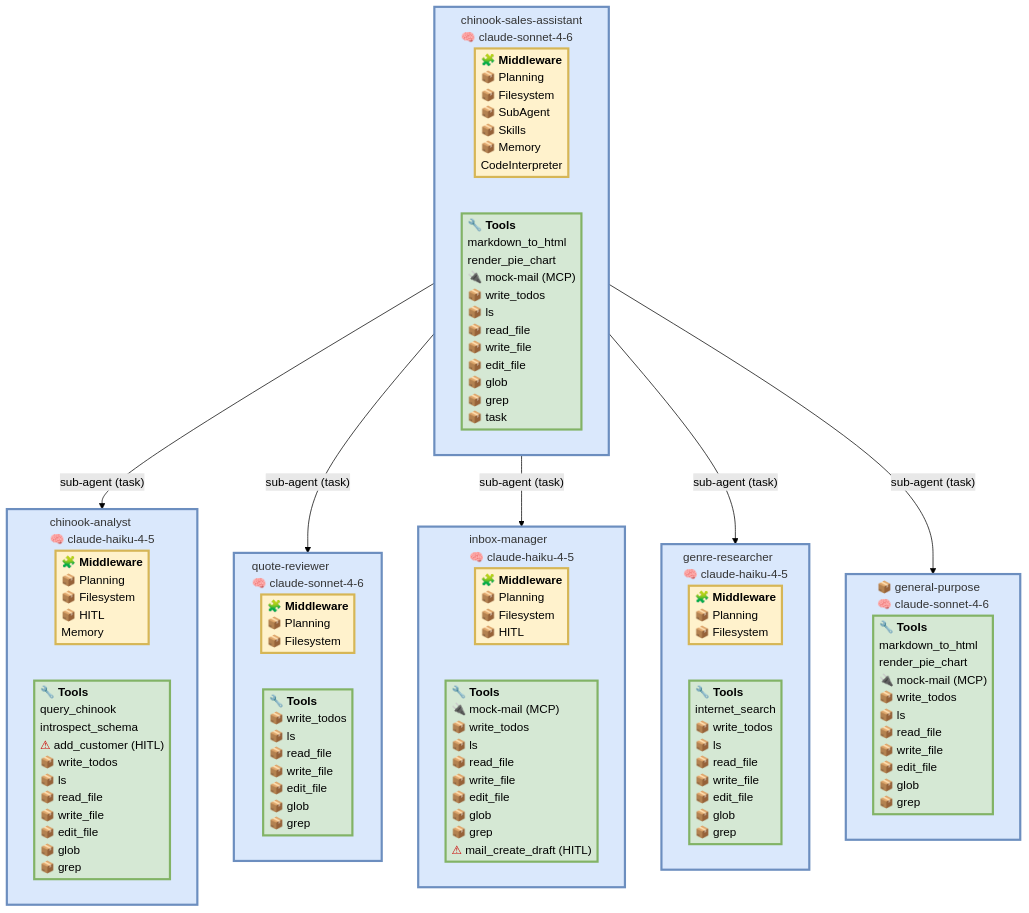
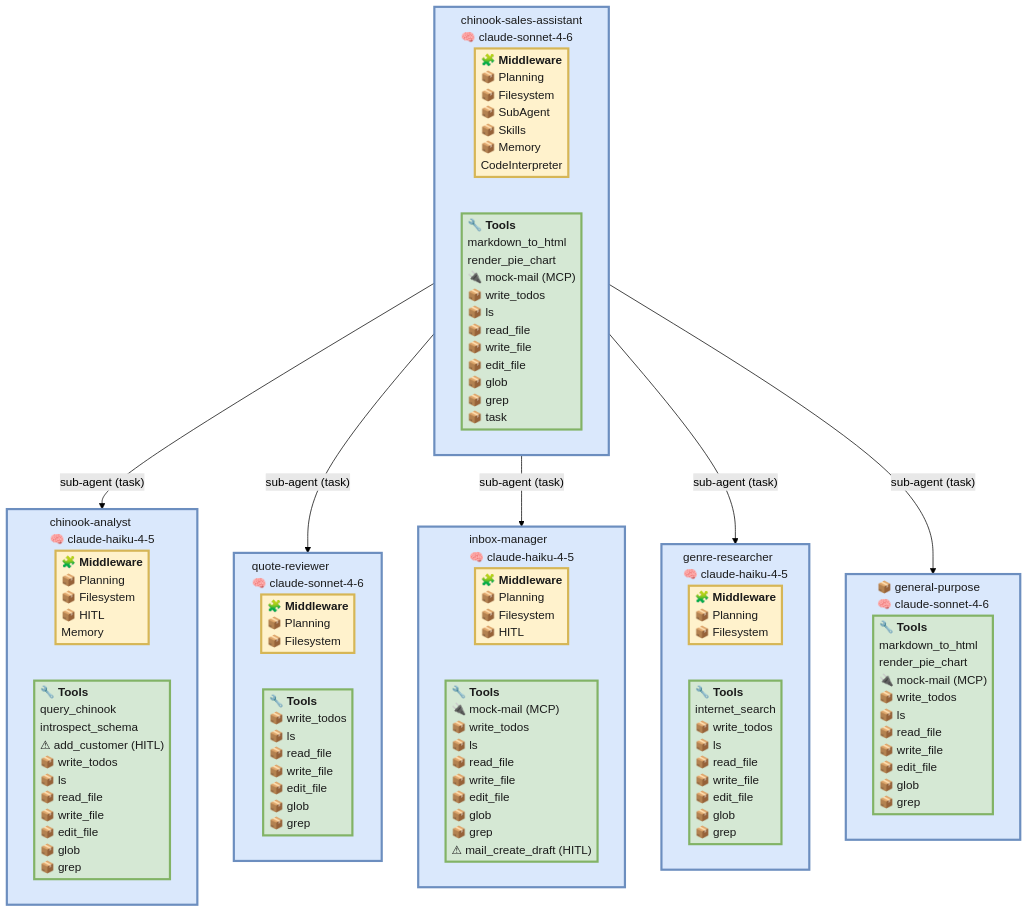
One commit to rvernica/deepagents-viz changed the third of 3 diagrams in examples.md. Above: the diagram before and after it, drawn with Mermaid (forest theme). The commit also changed other lines of this file and 3 other files, not shown here.

First line of the commit message:
Fix GitHub dark-mode diagram legibility; refresh README and examples (#5)

````diff
--- a/examples.md
+++ b/examples.md
@@ -388,40 +388,40 @@
 ```mermaid
 %%{init: {'flowchart': {'subGraphTitleMargin': {'top': 6, 'bottom': 16}, 'padding': 4}}}%%
 graph TD
-  classDef mwBox fill:#fff2cc,stroke:#d6b656,stroke-width:3px;
-  classDef toolBox fill:#d5e8d4,stroke:#82b366,stroke-width:3px;
+  classDef mwBox fill:#fff2cc,stroke:#d6b656,stroke-width:3px,color:#1a1a1a;
+  classDef toolBox fill:#d5e8d4,stroke:#82b366,stroke-width:3px,color:#1a1a1a;
   subgraph chinook_sales_assistant["chinook-sales-assistant<br/>🧠 claude-sonnet-4-6"]
     chinook_sales_assistant_mw["<div style='text-align:left'>🧩 <b>Middleware</b><br/>📦 Planning<br/>📦 Filesystem<br/>📦 SubAgent<br/>📦 Skills<br/>📦 Memory<br/>CodeInterpreter</div>"]:::mwBox
     chinook_sales_assistant_t["<div style='text-align:left'>🔧 <b>Tools</b><br/>markdown_to_html<br/>render_pie_chart<br/>🔌 mock-mail (MCP)<br/>📦 write_todos<br/>📦 ls<br/>📦 read_file<br/>📦 write_file<br/>📦 edit_file<br/>📦 glob<br/>📦 grep<br/>📦 task</div>"]:::toolBox
   end
   chinook_sales_assistant -->|"sub-agent (task)"| chinook_analyst
   subgraph chinook_analyst["chinook-analyst<br/>🧠 claude-haiku-4-5"]
     chinook_analyst_mw["<div style='text-align:left'>🧩 <b>Middleware</b><br/>📦 Planning<br/>📦 Filesystem<br/>📦 HITL<br/>Memory</div>"]:::mwBox
     chinook_analyst_t["<div style='text-align:left'>🔧 <b>Tools</b><br/>query_chinook<br/>introspect_schema<br/><span style='color:#c00'>⚠</span> add_customer (HITL)<br/>📦 write_todos<br/>📦 ls<br/>📦 read_file<br/>📦 write_file<br/>📦 edit_file<br/>📦 glob<br/>📦 grep</div>"]:::toolBox
   end
   chinook_sales_assistant -->|"sub-agent (task)"| quote_reviewer
   subgraph quote_reviewer["quote-reviewer<br/>🧠 claude-sonnet-4-6"]
     quote_reviewer_mw["<div style='text-align:left'>🧩 <b>Middleware</b><br/>📦 Planning<br/>📦 Filesystem</div>"]:::mwBox
     quote_reviewer_t["<div style='text-align:left'>🔧 <b>Tools</b><br/>📦 write_todos<br/>📦 ls<br/>📦 read_file<br/>📦 write_file<br/>📦 edit_file<br/>📦 glob<br/>📦 grep</div>"]:::toolBox
   end
   chinook_sales_assistant -->|"sub-agent (task)"| inbox_manager
   subgraph inbox_manager["inbox-manager<br/>🧠 claude-haiku-4-5"]
     inbox_manager_mw["<div style='text-align:left'>🧩 <b>Middleware</b><br/>📦 Planning<br/>📦 Filesystem<br/>📦 HITL</div>"]:::mwBox
     inbox_manager_t["<div style='text-align:left'>🔧 <b>Tools</b><br/>🔌 mock-mail (MCP)<br/>📦 write_todos<br/>📦 ls<br/>📦 read_file<br/>📦 write_file<br/>📦 edit_file<br/>📦 glob<br/>📦 grep<br/><span style='color:#c00'>⚠</span> mail_create_draft (HITL)</div>"]:::toolBox
   end
   chinook_sales_assistant -->|"sub-agent (task)"| genre_researcher
   subgraph genre_researcher["genre-researcher<br/>🧠 claude-haiku-4-5"]
     genre_researcher_mw["<div style='text-align:left'>🧩 <b>Middleware</b><br/>📦 Planning<br/>📦 Filesystem</div>"]:::mwBox
     genre_researcher_t["<div style='text-align:left'>🔧 <b>Tools</b><br/>internet_search<br/>📦 write_todos<br/>📦 ls<br/>📦 read_file<br/>📦 write_file<br/>📦 edit_file<br/>📦 glob<br/>📦 grep</div>"]:::toolBox
   end
   chinook_sales_assistant -->|"sub-agent (task)"| general_purpose
   subgraph general_purpose["📦 general-purpose<br/>🧠 claude-sonnet-4-6"]
     general_purpose_t["<div style='text-align:left'>🔧 <b>Tools</b><br/>markdown_to_html<br/>render_pie_chart<br/>🔌 mock-mail (MCP)<br/>📦 write_todos<br/>📦 ls<br/>📦 read_file<br/>📦 write_file<br/>📦 edit_file<br/>📦 glob<br/>📦 grep</div>"]:::toolBox
   end
-  style chinook_sales_assistant fill:#dae8fc,stroke:#6c8ebf,stroke-width:3px;
-  style chinook_analyst fill:#dae8fc,stroke:#6c8ebf,stroke-width:3px;
-  style quote_reviewer fill:#dae8fc,stroke:#6c8ebf,stroke-width:3px;
-  style inbox_manager fill:#dae8fc,stroke:#6c8ebf,stroke-width:3px;
-  style genre_researcher fill:#dae8fc,stroke:#6c8ebf,stroke-width:3px;
-  style general_purpose fill:#dae8fc,stroke:#6c8ebf,stroke-width:3px;
+  style chinook_sales_assistant fill:#dae8fc,stroke:#6c8ebf,stroke-width:3px,color:#1a1a1a;
+  style chinook_analyst fill:#dae8fc,stroke:#6c8ebf,stroke-width:3px,color:#1a1a1a;
+  style quote_reviewer fill:#dae8fc,stroke:#6c8ebf,stroke-width:3px,color:#1a1a1a;
+  style inbox_manager fill:#dae8fc,stroke:#6c8ebf,stroke-width:3px,color:#1a1a1a;
+  style genre_researcher fill:#dae8fc,stroke:#6c8ebf,stroke-width:3px,color:#1a1a1a;
+  style general_purpose fill:#dae8fc,stroke:#6c8ebf,stroke-width:3px,color:#1a1a1a;
 ```
````
